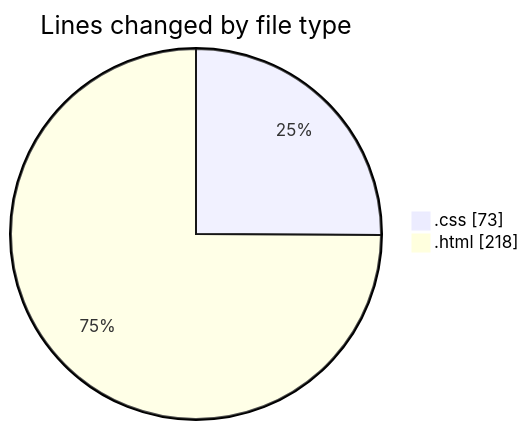
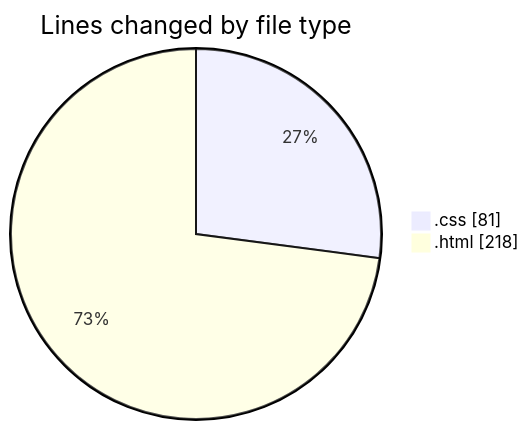
The first of 2 diagrams in 2025-02-04/recipe-page-main/README.md (NitaiMahat/code-tracking), drawn with Mermaid before and after one commit. The commit also changed other lines of this file and 1 other file, not shown here.

````diff
--- a/2025-02-04/recipe-page-main/README.md
+++ b/2025-02-04/recipe-page-main/README.md
@@ -21,6 +21,6 @@
 ```mermaid
 pie showData
 title Lines changed by file type
-".css" : 73
+".css" : 81
 ".html" : 218
 ```
````
